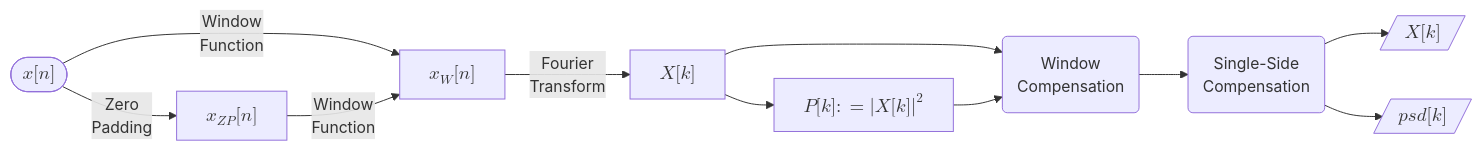
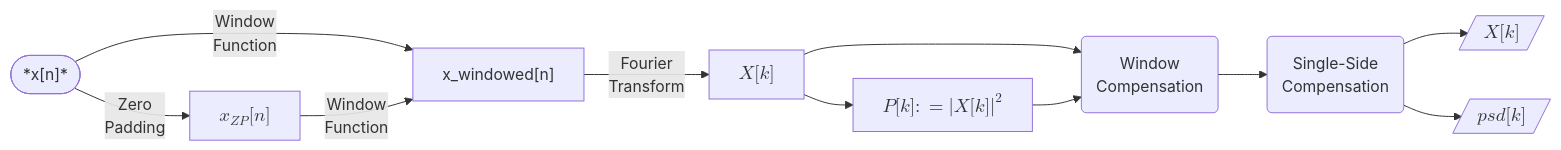
One commit to jiutongzhao/Time-Series-Data-Analysis changed the second of 4 diagrams in README.md. Above: the diagram before and after it, drawn with Mermaid.

````diff
--- a/README.md
+++ b/README.md
@@ -418,32 +418,32 @@
 ```mermaid
 graph LR
 
-A(["$$x[n]$$"]) -->|Window 
-Function|B@{ shape: rect, label: "$$x_W[n]$$" }
+A(["*x[n]*"]) -->|Window 
+Function|B@{ shape: rect, label: "x_windowed[n]" }
 
 A-->|Zero
 Padding|C@{shape:rect, label: "$$x_{ZP}[n]$$"}
 
 C -->|Window
 Function|B
 
 B -->|Fourier
 Transform|D@{shape: rect, label: "$$X[k]$$"}
 
 D -->H["$$P[k]:=|X[k]|^2$$"]
 
 D --> E(Window
 Compensation)
 
 E --> F(Single-Side
 Compensation)
 
 F --> G@{ shape: lean-r, label: "$$X[k]$$"}
 
 
 H --> E(Window
 Compensation)
 
 F --> K@{ shape: lean-r, label: "$$psd[k]$$"}
 
 ```
````
